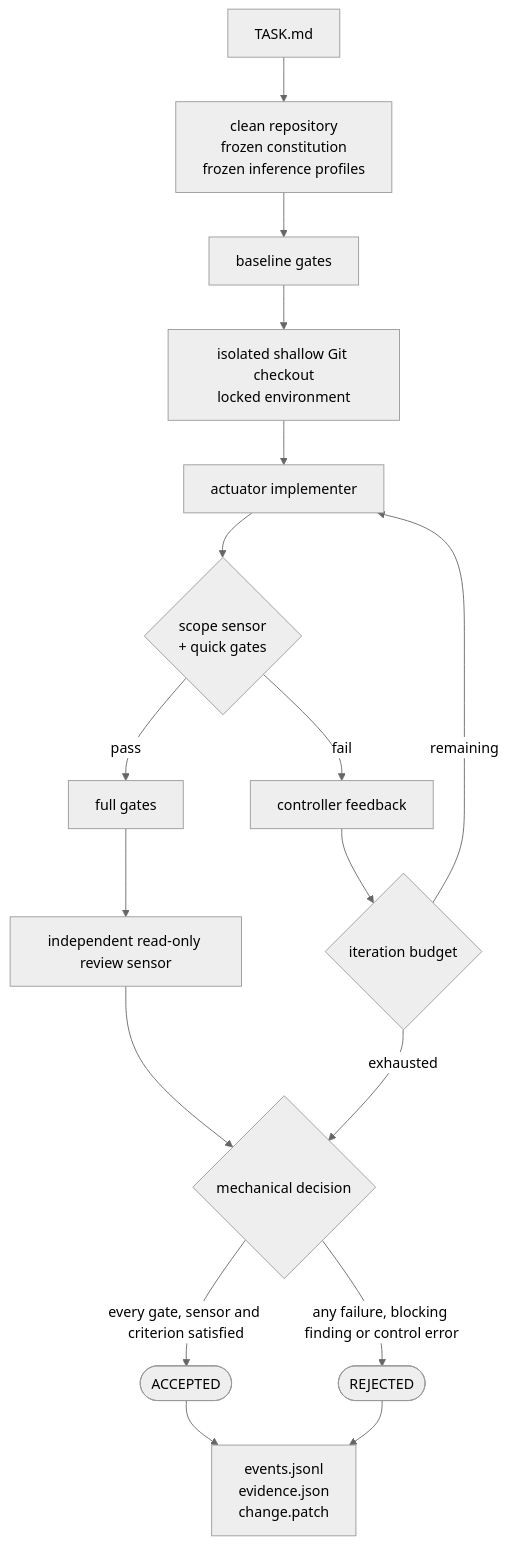
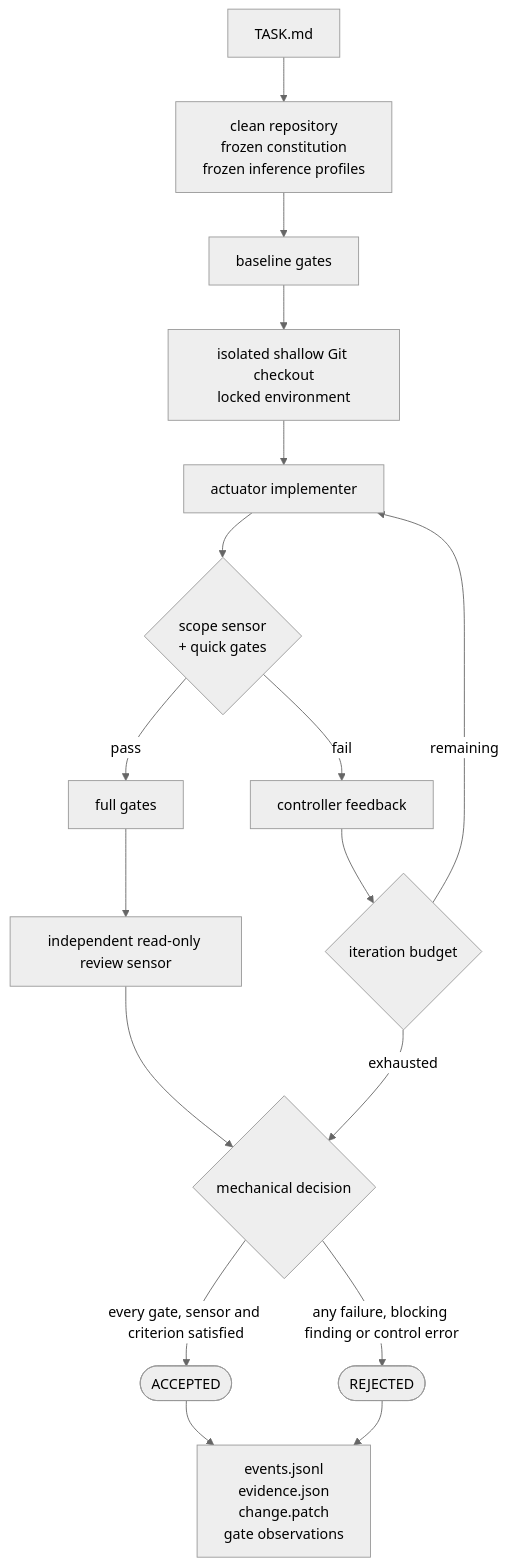
The diagram in README.md (jeanjerome/codeservo), drawn with Mermaid (neutral theme) before and after one commit. The commit also changed other lines of this file, not shown here.

````diff
--- a/README.md
+++ b/README.md
@@ -18,19 +18,19 @@
 ```mermaid
 flowchart TD
     task["TASK.md"] --> frozen["clean repository<br/>frozen constitution<br/>frozen inference profiles"]
     frozen --> baseline["baseline gates"]
     baseline --> checkout["isolated shallow Git checkout<br/>locked environment"]
     checkout --> implementer["actuator implementer"]
     implementer --> quick{"scope sensor<br/>+ quick gates"}
     quick -- pass --> full["full gates"]
     full --> review["independent read-only review sensor"]
     review --> decision{"mechanical decision"}
     decision -- every gate, sensor and criterion satisfied --> accepted(["ACCEPTED"])
     decision -- any failure, blocking finding or control error --> rejected(["REJECTED"])
-    accepted --> record["events.jsonl<br/>evidence.json<br/>change.patch"]
+    accepted --> record["events.jsonl<br/>evidence.json<br/>change.patch<br/>gate observations"]
     rejected --> record
     quick -- fail --> feedback["controller feedback"]
     feedback --> budget{"iteration budget"}
     budget -- exhausted --> decision
     budget -- remaining --> implementer
 ```
````
